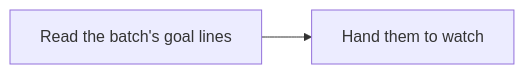
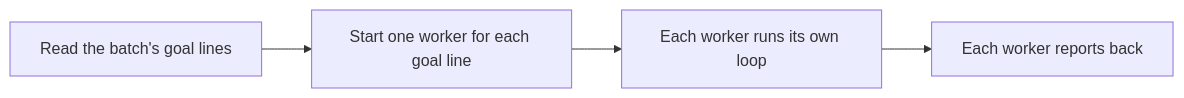
Before and after one commit to jcl2018/agent-workflow-template: diagram 14 of 17 in docs/wiki/Monitoring.md, drawn with Mermaid. The commit also changed other lines of this file and 21 other files, not shown here.

Commit message:
Workers run their own loops and report back; the operation session only assigns, watches and reports

````diff
--- a/docs/wiki/Monitoring.md
+++ b/docs/wiki/Monitoring.md
@@ -363,6 +342,10 @@
 ```mermaid
 flowchart LR
   a["Read the batch's goal lines"]
-  b["Hand them to watch"]
+  b["Start one worker for each goal line"]
+  c["Each worker runs its own loop"]
+  d["Each worker reports back"]
   a --> b
+  b --> c
+  c --> d
 ```
````
